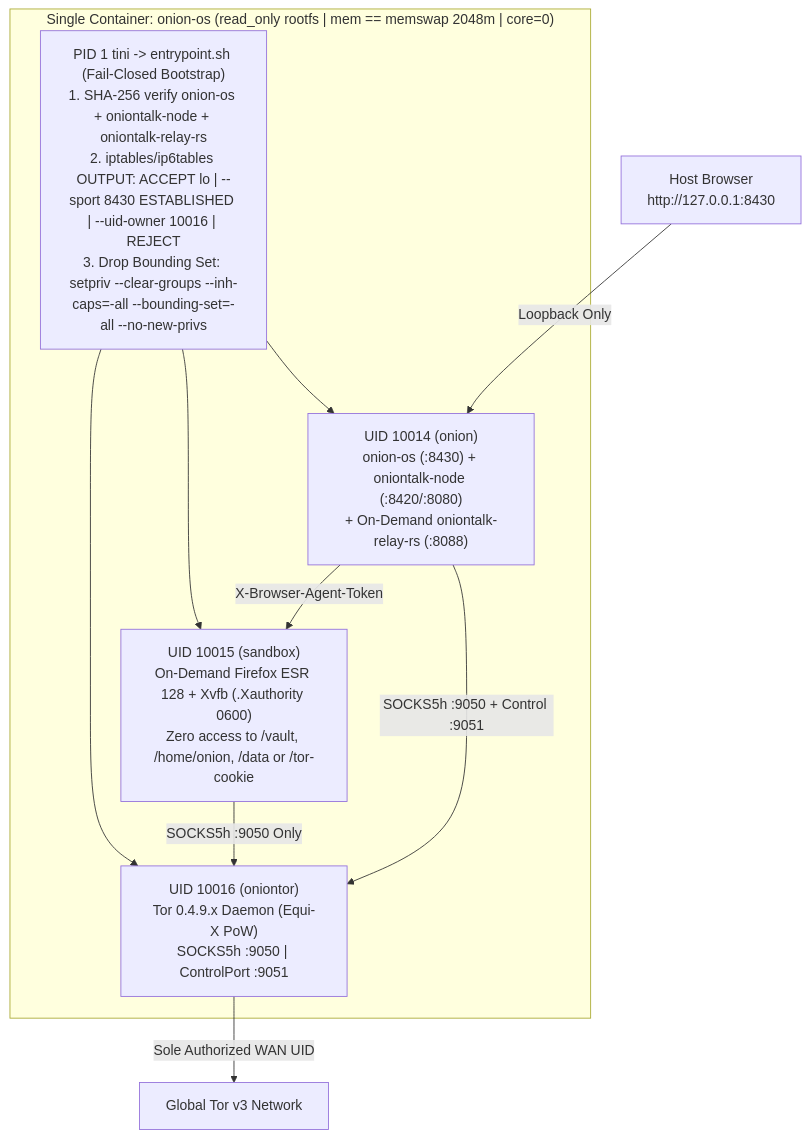
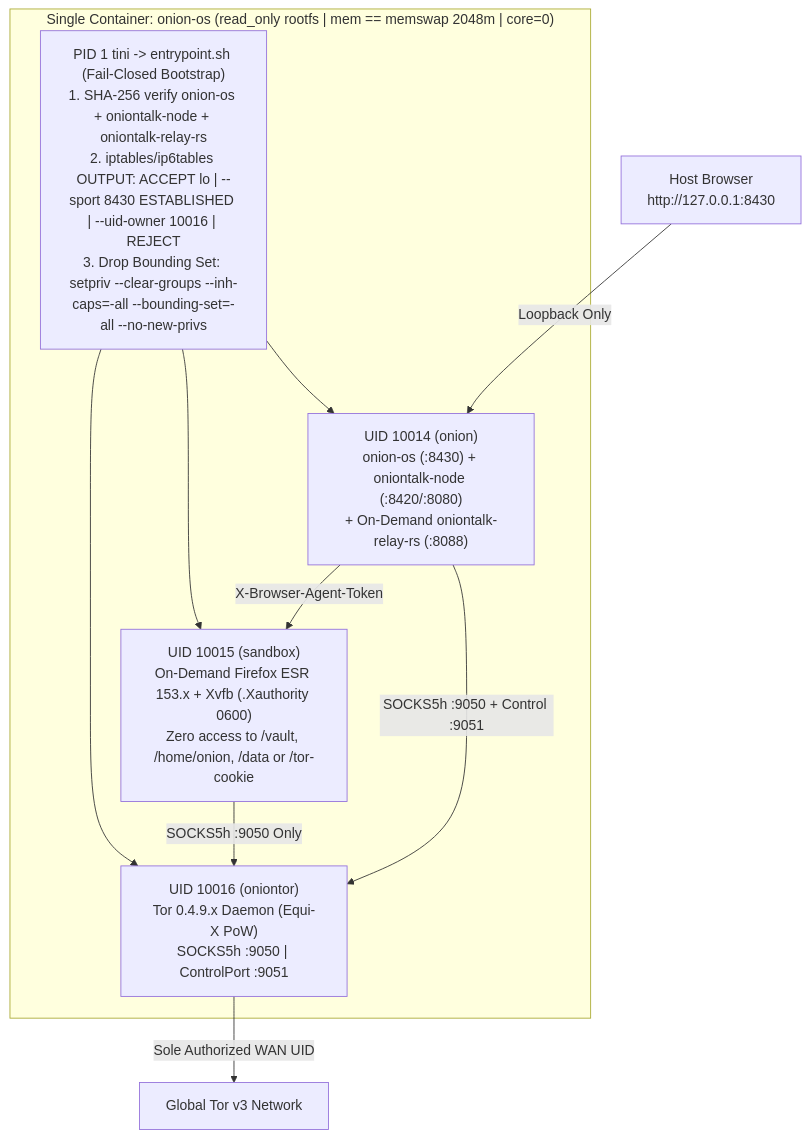
One commit to onion-talk/onion-os changed the diagram in README.md. Above: the diagram before and after it, drawn with Mermaid. The commit also changed other lines of this file and 10 other files, not shown here.

````diff
--- a/README.md
+++ b/README.md
@@ -140,21 +140,21 @@
 ```mermaid
 flowchart TB
     Host["Host Browser\nhttp://127.0.0.1:8430"] -->|Loopback Only| Core
 
     subgraph Container["Single Container: onion-os (read_only rootfs | mem == memswap 2048m | core=0)"]
         Boot["PID 1 tini -> entrypoint.sh (Fail-Closed Bootstrap)\n1. SHA-256 verify onion-os + oniontalk-node + oniontalk-relay-rs\n2. iptables/ip6tables OUTPUT: ACCEPT lo | --sport 8430 ESTABLISHED | --uid-owner 10016 | REJECT\n3. Drop Bounding Set: setpriv --clear-groups --inh-caps=-all --bounding-set=-all --no-new-privs"]
 
         Tor["UID 10016 (oniontor)\nTor 0.4.9.x Daemon (Equi-X PoW)\nSOCKS5h :9050 | ControlPort :9051"]
-        Sandbox["UID 10015 (sandbox)\nOn-Demand Firefox ESR 128 + Xvfb (.Xauthority 0600)\nZero access to /vault, /home/onion, /data or /tor-cookie"]
+        Sandbox["UID 10015 (sandbox)\nOn-Demand Firefox ESR 153.x + Xvfb (.Xauthority 0600)\nZero access to /vault, /home/onion, /data or /tor-cookie"]
         Core["UID 10014 (onion)\nonion-os (:8430) + oniontalk-node (:8420/:8080)\n+ On-Demand oniontalk-relay-rs (:8088)"]
 
         Boot --> Tor
         Boot --> Sandbox
         Boot --> Core
         Core -->|X-Browser-Agent-Token| Sandbox
         Core -->|SOCKS5h :9050 + Control :9051| Tor
         Sandbox -->|SOCKS5h :9050 Only| Tor
     end
 
     Tor -->|Sole Authorized WAN UID| TorWAN["Global Tor v3 Network"]
 ```
````
